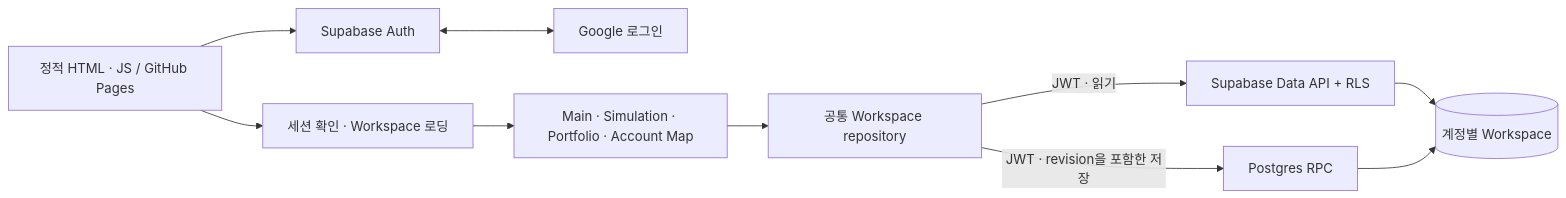
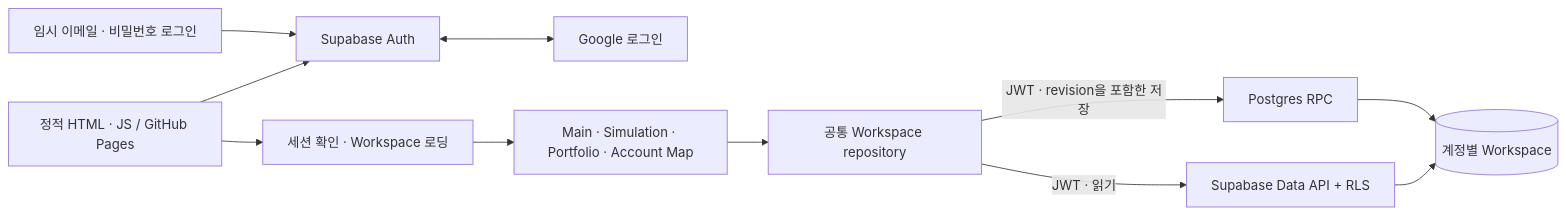
One commit to jinhoOps/IndividualSavingsFlowUI changed the diagram in docs/superpowers/specs/2026-09-07-supabase-account-workspace-design.md. Above: the diagram before and after it, drawn with Mermaid. The commit also changed other lines of this file and 10 other files, not shown here.

````diff
--- a/docs/superpowers/specs/2026-09-07-supabase-account-workspace-design.md
+++ b/docs/superpowers/specs/2026-09-07-supabase-account-workspace-design.md
@@ -30,12 +31,13 @@
 ```mermaid
 flowchart LR
   Pages[정적 HTML · JS / GitHub Pages] --> Auth[Supabase Auth]
   Auth <--> Google[Google 로그인]
+  Password[임시 이메일 · 비밀번호 로그인] --> Auth
   Pages --> Gate[세션 확인 · Workspace 로딩]
   Gate --> Apps[Main · Simulation · Portfolio · Account Map]
   Apps --> Repo[공통 Workspace repository]
   Repo -->|JWT · 읽기| API[Supabase Data API + RLS]
   Repo -->|JWT · revision을 포함한 저장| RPC[Postgres RPC]
   API --> DB[(계정별 Workspace)]
   RPC --> DB
 ```
````
